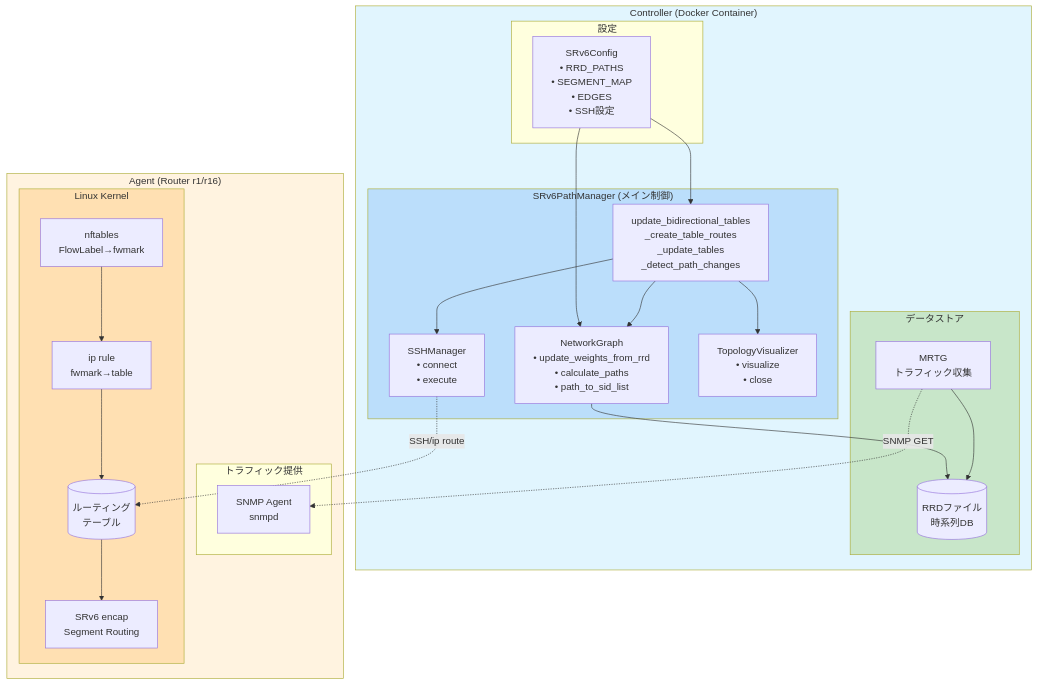
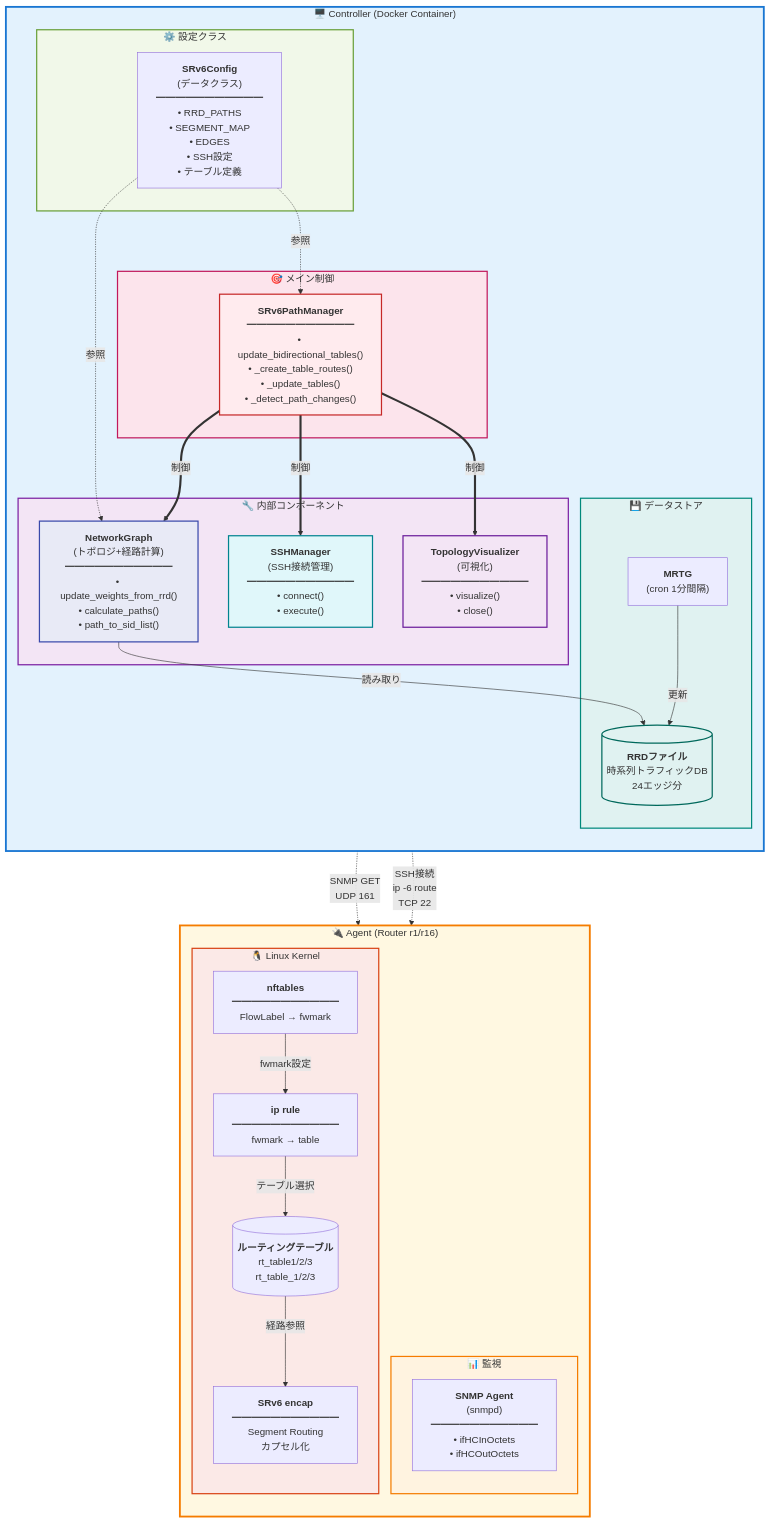
One commit to hiro-hcu/srv6_dynamic_routing_performance3_evaluation_system changed the fifth of 5 diagrams in docs/sequence_diagrams.md. Above: the diagram before and after it, drawn with Mermaid.

````diff
--- a/docs/sequence_diagrams.md
+++ b/docs/sequence_diagrams.md
@@ -408,54 +408,70 @@
 ```mermaid
 graph TB
-    subgraph Controller["Controller (Docker Container)"]
-        subgraph Config["設定"]
-            CFG[SRv6Config<br/>• RRD_PATHS<br/>• SEGMENT_MAP<br/>• EDGES<br/>• SSH設定]
+    subgraph Controller["🖥️ Controller (Docker Container)"]
+        direction TB
+        
+        subgraph Config["⚙️ 設定クラス"]
+            CFG["<b>SRv6Config</b><br/>(データクラス)<br/>━━━━━━━━━━━<br/>• RRD_PATHS<br/>• SEGMENT_MAP<br/>• EDGES<br/>• SSH設定<br/>• テーブル定義"]
         end
         
-        subgraph Orchestrator["SRv6PathManager (メイン制御)"]
-            PM[update_bidirectional_tables<br/>_create_table_routes<br/>_update_tables<br/>_detect_path_changes]
-            NG[NetworkGraph<br/>• update_weights_from_rrd<br/>• calculate_paths<br/>• path_to_sid_list]
-            SSH[SSHManager<br/>• connect<br/>• execute]
-            TV[TopologyVisualizer<br/>• visualize<br/>• close]
+        subgraph Manager["🎯 メイン制御"]
+            PM["<b>SRv6PathManager</b><br/>━━━━━━━━━━━<br/>• update_bidirectional_tables()<br/>• _create_table_routes()<br/>• _update_tables()<br/>• _detect_path_changes()"]
         end
         
-        subgraph DataStore["データストア"]
-            MRTG[MRTG<br/>トラフィック収集]
-            RRD[(RRDファイル<br/>時系列DB)]
+        subgraph Components["🔧 内部コンポーネント"]
+            NG["<b>NetworkGraph</b><br/>(トポロジ+経路計算)<br/>━━━━━━━━━━━<br/>• update_weights_from_rrd()<br/>• calculate_paths()<br/>• path_to_sid_list()"]
+            SSH["<b>SSHManager</b><br/>(SSH接続管理)<br/>━━━━━━━━━━━<br/>• connect()<br/>• execute()"]
+            TV["<b>TopologyVisualizer</b><br/>(可視化)<br/>━━━━━━━━━━━<br/>• visualize()<br/>• close()"]
         end
         
-        CFG --> PM
-        CFG --> NG
-        PM --> NG
-        PM --> SSH
-        PM --> TV
-        NG --> RRD
-        MRTG --> RRD
+        subgraph DataStore["💾 データストア"]
+            MRTG["<b>MRTG</b><br/>(cron 1分間隔)"]
+            RRD[("<b>RRDファイル</b><br/>時系列トラフィックDB<br/>24エッジ分")]
+        end
+        
+        CFG -.->|参照| PM
+        CFG -.->|参照| NG
+        PM ==>|制御| NG
+        PM ==>|制御| SSH
+        PM ==>|制御| TV
+        NG -->|読み取り| RRD
+        MRTG -->|更新| RRD
     end
     
-    subgraph Agent["Agent (Router r1/r16)"]
-        subgraph SNMP["トラフィック提供"]
-            SNMPD[SNMP Agent<br/>snmpd]
+    subgraph Agent["🔌 Agent (Router r1/r16)"]
+        direction TB
+        
+        subgraph Monitor["📊 監視"]
+            SNMPD["<b>SNMP Agent</b><br/>(snmpd)<br/>━━━━━━━━━━━<br/>• ifHCInOctets<br/>• ifHCOutOctets"]
         end
         
-        subgraph Kernel["Linux Kernel"]
-            NFT[nftables<br/>FlowLabel→fwmark]
-            IPRULE[ip rule<br/>fwmark→table]
-            RTTBL[(ルーティング<br/>テーブル)]
-            SRV6[SRv6 encap<br/>Segment Routing]
+        subgraph Kernel["🐧 Linux Kernel"]
+            NFT["<b>nftables</b><br/>━━━━━━━━━━━<br/>FlowLabel → fwmark"]
+            IPRULE["<b>ip rule</b><br/>━━━━━━━━━━━<br/>fwmark → table"]
+            RTTBL[("<b>ルーティングテーブル</b><br/>rt_table1/2/3<br/>rt_table_1/2/3")]
+            SRV6["<b>SRv6 encap</b><br/>━━━━━━━━━━━<br/>Segment Routing<br/>カプセル化"]
         end
         
-        NFT --> IPRULE
-        IPRULE --> RTTBL
-        RTTBL --> SRV6
+        NFT -->|fwmark設定| IPRULE
+        IPRULE -->|テーブル選択| RTTBL
+        RTTBL -->|経路参照| SRV6
     end
     
-    MRTG -.->|SNMP GET| SNMPD
-    SSH -.->|SSH/ip route| RTTBL
+    MRTG -.->|SNMP GET<br/>UDP 161| SNMPD
+    SSH -.->|SSH接続<br/>ip -6 route<br/>TCP 22| RTTBL
     
-    style Controller fill:#e1f5fe
-    style Agent fill:#fff3e0
-    style Orchestrator fill:#bbdefb
-    style DataStore fill:#c8e6c9
-    style Kernel fill:#ffe0b2
+    style Controller fill:#e3f2fd,stroke:#1976d2,stroke-width:3px
+    style Agent fill:#fff8e1,stroke:#f57c00,stroke-width:3px
+    style Config fill:#f1f8e9,stroke:#689f38,stroke-width:2px
+    style Manager fill:#fce4ec,stroke:#c2185b,stroke-width:2px
+    style Components fill:#f3e5f5,stroke:#7b1fa2,stroke-width:2px
+    style DataStore fill:#e0f2f1,stroke:#00897b,stroke-width:2px
+    style Monitor fill:#fff3e0,stroke:#f57c00,stroke-width:2px
+    style Kernel fill:#fbe9e7,stroke:#d84315,stroke-width:2px
+    
+    style PM fill:#ffebee,stroke:#c62828,stroke-width:2px
+    style NG fill:#e8eaf6,stroke:#3949ab,stroke-width:2px
+    style SSH fill:#e0f7fa,stroke:#00838f,stroke-width:2px
+    style TV fill:#f3e5f5,stroke:#6a1b9a,stroke-width:2px
+    style RRD fill:#e0f2f1,stroke:#00695c,stroke-width:2px
 ```
````
